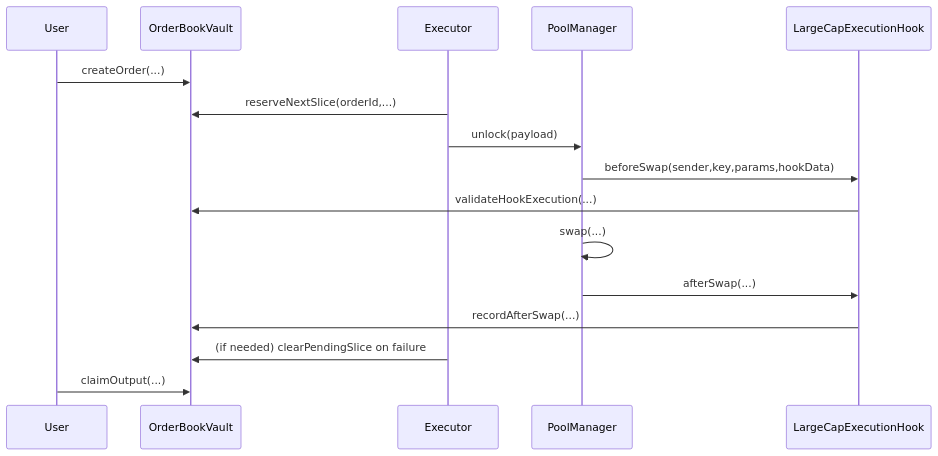
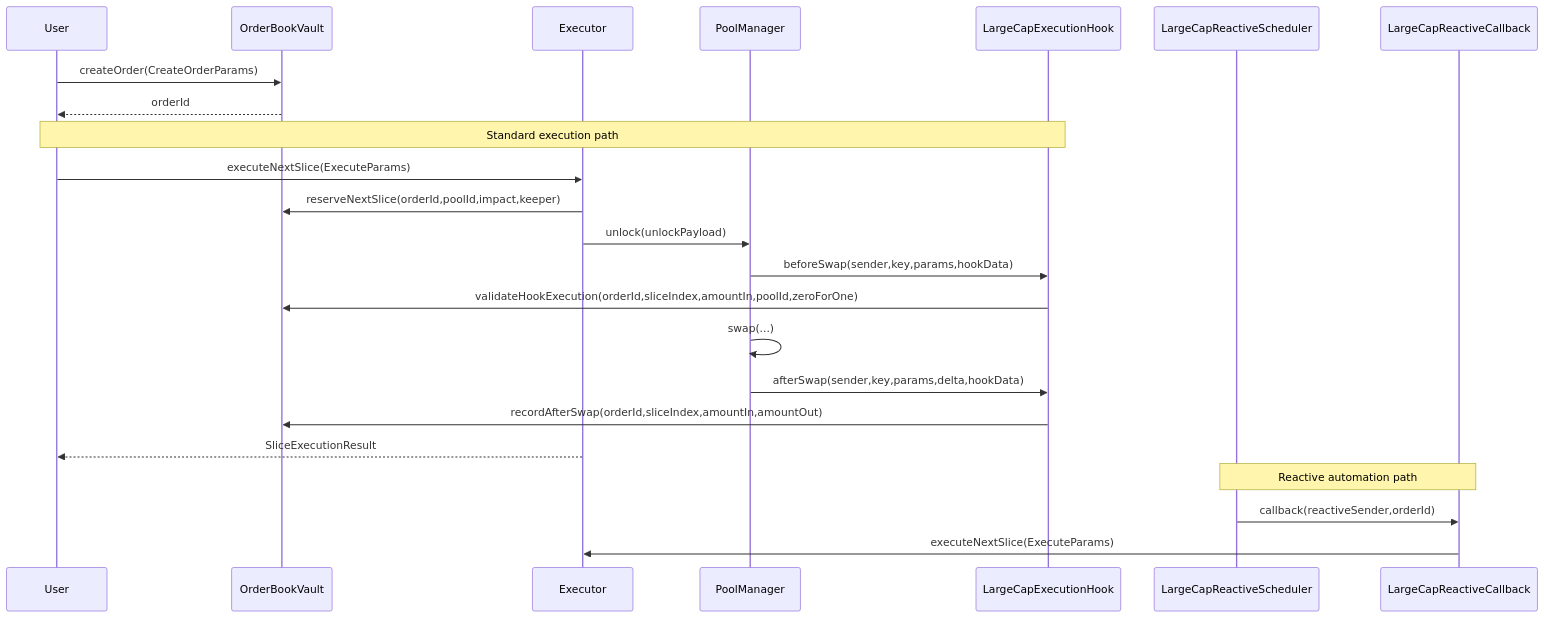
Before and after one commit to Kingg-titan/large-caps-execution-hook: the third of 3 diagrams in README.md, drawn with Mermaid. The commit also changed other lines of this file and 42 other files, not shown here.

````diff
--- a/README.md
+++ b/README.md
@@ -51,19 +105,28 @@
 ```mermaid
 sequenceDiagram
-  participant U as User
-  participant V as OrderBookVault
-  participant E as Executor
-  participant PM as PoolManager
-  participant H as LargeCapExecutionHook
+  participant User
+  participant Vault as OrderBookVault
+  participant Executor
+  participant PoolManager
+  participant Hook as LargeCapExecutionHook
+  participant Scheduler as LargeCapReactiveScheduler
+  participant Callback as LargeCapReactiveCallback
 
-  U->>V: createOrder(...)
-  E->>V: reserveNextSlice(orderId,...)
-  E->>PM: unlock(payload)
-  PM->>H: beforeSwap(sender,key,params,hookData)
-  H->>V: validateHookExecution(...)
-  PM->>PM: swap(...)
-  PM->>H: afterSwap(...)
-  H->>V: recordAfterSwap(...)
-  E->>V: (if needed) clearPendingSlice on failure
-  U->>V: claimOutput(...)
+  User->>Vault: createOrder(CreateOrderParams)
+  Vault-->>User: orderId
+
+  note over User,Hook: Standard execution path
+  User->>Executor: executeNextSlice(ExecuteParams)
+  Executor->>Vault: reserveNextSlice(orderId,poolId,impact,keeper)
+  Executor->>PoolManager: unlock(unlockPayload)
+  PoolManager->>Hook: beforeSwap(sender,key,params,hookData)
+  Hook->>Vault: validateHookExecution(orderId,sliceIndex,amountIn,poolId,zeroForOne)
+  PoolManager->>PoolManager: swap(...)
+  PoolManager->>Hook: afterSwap(sender,key,params,delta,hookData)
+  Hook->>Vault: recordAfterSwap(orderId,sliceIndex,amountIn,amountOut)
+  Executor-->>User: SliceExecutionResult
+
+  note over Scheduler,Callback: Reactive automation path
+  Scheduler->>Callback: callback(reactiveSender,orderId)
+  Callback->>Executor: executeNextSlice(ExecuteParams)
 ```
````
